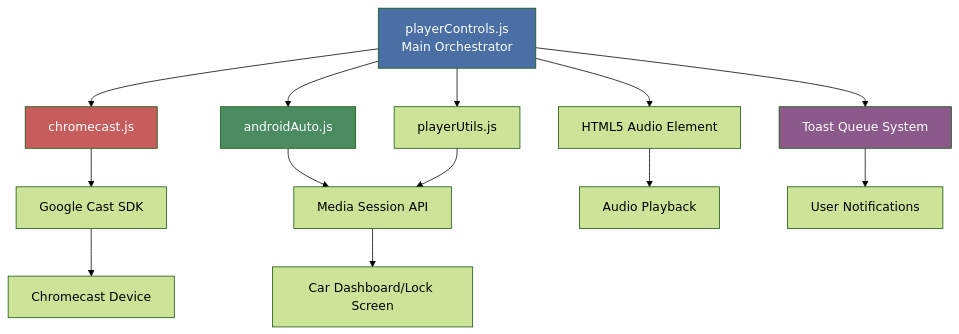
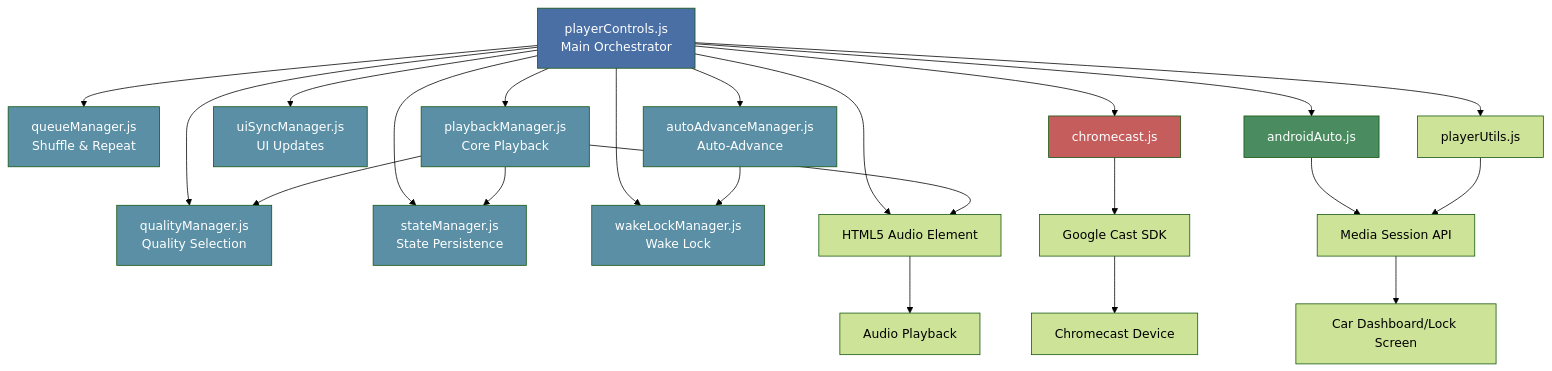
One commit to mark-me/mixtape-society changed the first of 2 diagrams in docs/development/routes/play/modules/playerControls.md. Above: the diagram before and after it, drawn with Mermaid (forest theme). The commit also changed other lines of this file, not shown here.

````diff
--- a/docs/development/routes/play/modules/playerControls.md
+++ b/docs/development/routes/play/modules/playerControls.md
@@ -34,24 +52,41 @@
 ```mermaid
 graph TB
     PlayerControls[playerControls.js<br/>Main Orchestrator]
-
+    
+    PlayerControls --> QueueMgr[queueManager.js<br/>Shuffle & Repeat]
+    PlayerControls --> PlaybackMgr[playbackManager.js<br/>Core Playback]
+    PlayerControls --> UIMgr[uiSyncManager.js<br/>UI Updates]
+    PlayerControls --> AutoAdvMgr[autoAdvanceManager.js<br/>Auto-Advance]
+    PlayerControls --> QualityMgr[qualityManager.js<br/>Quality Selection]
+    PlayerControls --> StateMgr[stateManager.js<br/>State Persistence]
+    PlayerControls --> WakeLockMgr[wakeLockManager.js<br/>Wake Lock]
+    
     PlayerControls --> LocalPlayer[HTML5 Audio Element]
     PlayerControls --> Chromecast[chromecast.js]
     PlayerControls --> AndroidAuto[androidAuto.js]
     PlayerControls --> PlayerUtils[playerUtils.js]
-    PlayerControls --> ToastQueue[Toast Queue System]
 
+    PlaybackMgr --> LocalPlayer
+    PlaybackMgr --> QualityMgr
+    PlaybackMgr --> StateMgr
+    AutoAdvMgr --> WakeLockMgr
+    
     Chromecast --> CastSDK[Google Cast SDK]
     AndroidAuto --> MediaSession[Media Session API]
     PlayerUtils --> MediaSession
 
     LocalPlayer --> Audio[Audio Playback]
     CastSDK --> ChromecastDevice[Chromecast Device]
     MediaSession --> CarDashboard[Car Dashboard/Lock Screen]
-    ToastQueue --> Notifications[User Notifications]
 
     style PlayerControls fill:#4a6fa5,color:#fff
+    style QueueMgr fill:#5a8fa5,color:#fff
+    style PlaybackMgr fill:#5a8fa5,color:#fff
+    style UIMgr fill:#5a8fa5,color:#fff
+    style AutoAdvMgr fill:#5a8fa5,color:#fff
+    style QualityMgr fill:#5a8fa5,color:#fff
+    style StateMgr fill:#5a8fa5,color:#fff
+    style WakeLockMgr fill:#5a8fa5,color:#fff
     style Chromecast fill:#c65d5d,color:#fff
     style AndroidAuto fill:#4a8c5f,color:#fff
-    style ToastQueue fill:#8b5a8b,color:#fff
 ```
````
